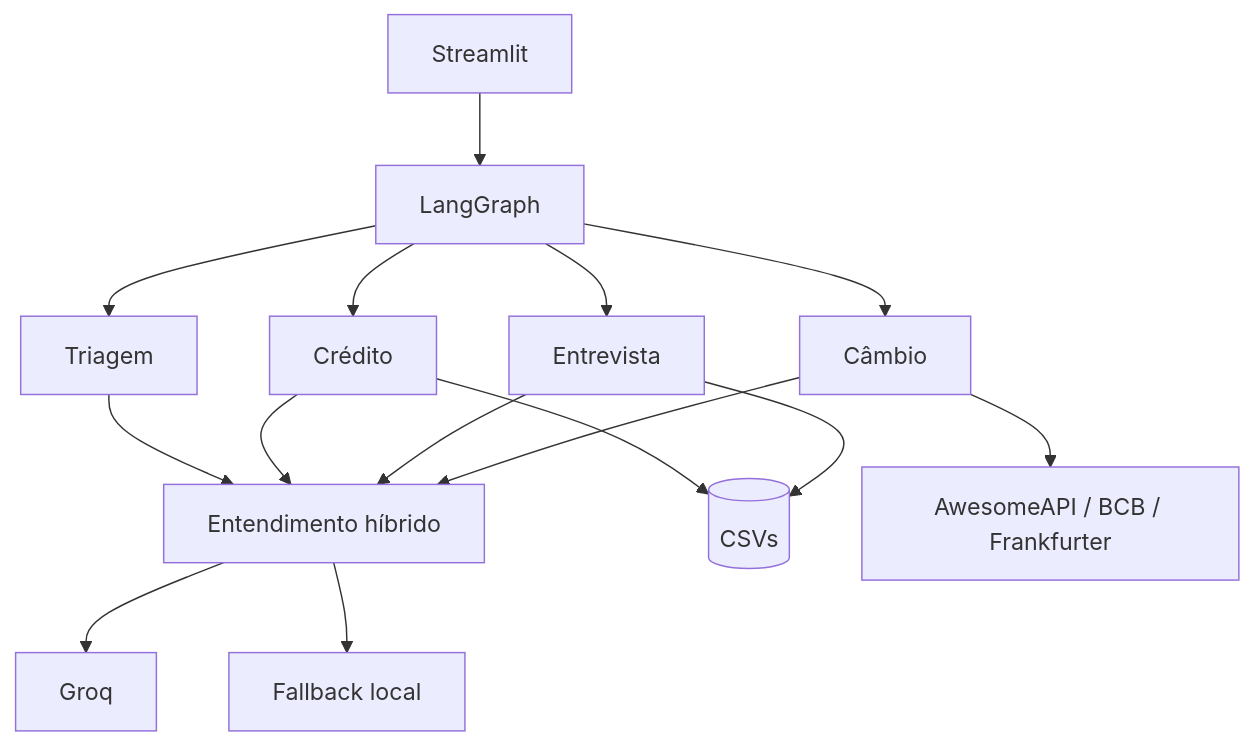
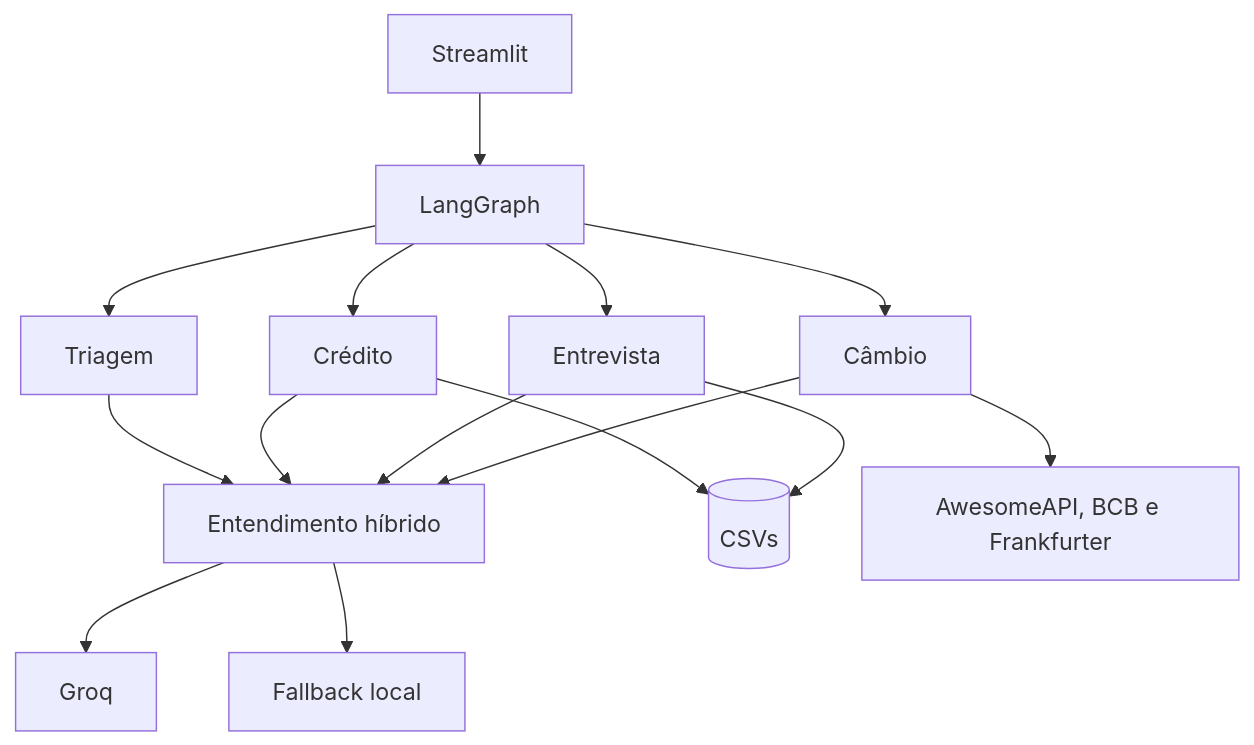
Before and after one commit to guisefe/banco-agil-agent: the diagram in README.md, drawn with Mermaid.

Commit message:
docs: fix GitHub Mermaid rendering

````diff
--- a/README.md
+++ b/README.md
@@ -92,17 +92,17 @@
 ```mermaid
 flowchart TD
-    UI[Streamlit] --> G[LangGraph]
-    G --> T[Triagem]
-    G --> C[Crédito]
-    G --> E[Entrevista]
-    G --> X[Câmbio]
-    T --> U[Entendimento híbrido]
-    C --> U
-    E --> U
-    X --> U
-    U --> L[Groq]
-    U --> F[Fallback local]
-    C --> CSV[(CSVs)]
-    E --> CSV
-    X --> API[AwesomeAPI / BCB / Frankfurter]
+    UI["Streamlit"] --> GRAPH["LangGraph"]
+    GRAPH --> TRIAGE["Triagem"]
+    GRAPH --> CREDIT["Crédito"]
+    GRAPH --> INTERVIEW["Entrevista"]
+    GRAPH --> EXCHANGE["Câmbio"]
+    TRIAGE --> UNDERSTANDING["Entendimento híbrido"]
+    CREDIT --> UNDERSTANDING
+    INTERVIEW --> UNDERSTANDING
+    EXCHANGE --> UNDERSTANDING
+    UNDERSTANDING --> GROQ["Groq"]
+    UNDERSTANDING --> FALLBACK["Fallback local"]
+    CREDIT --> DATA[("CSVs")]
+    INTERVIEW --> DATA
+    EXCHANGE --> PROVIDERS["AwesomeAPI, BCB e Frankfurter"]
 ```
````
